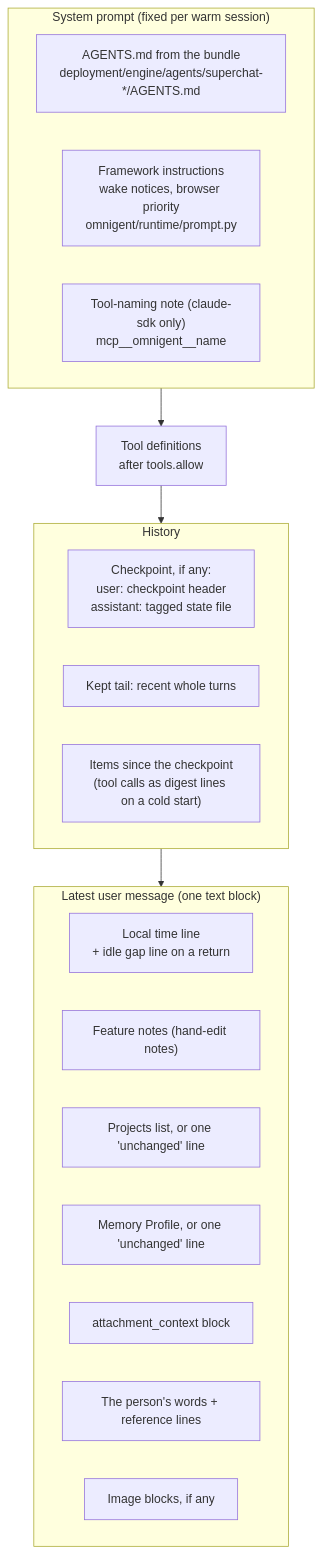
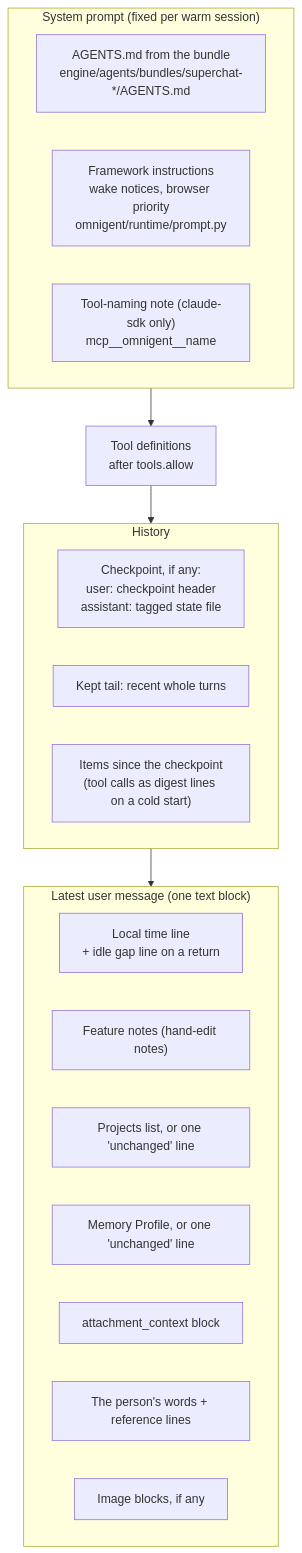
One commit to routifai/bot-grok changed the diagram in docs/super-chat/context-assembly.md. Above: the diagram before and after it, drawn with Mermaid. The commit also changed other lines of this file and 37 other files, not shown here.

First line of the commit message:
Move the agent bundles and their templates to engine/agents

````diff
--- a/docs/super-chat/context-assembly.md
+++ b/docs/super-chat/context-assembly.md
@@ -76,24 +76,24 @@
 ```mermaid
 flowchart TB
     subgraph SYS["System prompt (fixed per warm session)"]
-        A1["AGENTS.md from the bundle<br/>deployment/engine/agents/superchat-*/AGENTS.md"]
+        A1["AGENTS.md from the bundle<br/>engine/agents/bundles/superchat-*/AGENTS.md"]
         A2["Framework instructions<br/>wake notices, browser priority<br/>omnigent/runtime/prompt.py"]
         A3["Tool-naming note (claude-sdk only)<br/>mcp__omnigent__name"]
     end
     T["Tool definitions<br/>after tools.allow"]
     subgraph HIST["History"]
         H1["Checkpoint, if any:<br/>user: checkpoint header<br/>assistant: tagged state file"]
         H2["Kept tail: recent whole turns"]
         H3["Items since the checkpoint<br/>(tool calls as digest lines on a cold start)"]
     end
     subgraph MSG["Latest user message (one text block)"]
         P1["Local time line<br/>+ idle gap line on a return"]
         P2["Feature notes (hand-edit notes)"]
         P3["Projects list, or one 'unchanged' line"]
         P4["Memory Profile, or one 'unchanged' line"]
         P5["attachment_context block"]
         P6["The person's words + reference lines"]
         P7["Image blocks, if any"]
     end
     SYS --> T --> HIST --> MSG
 ```
````
